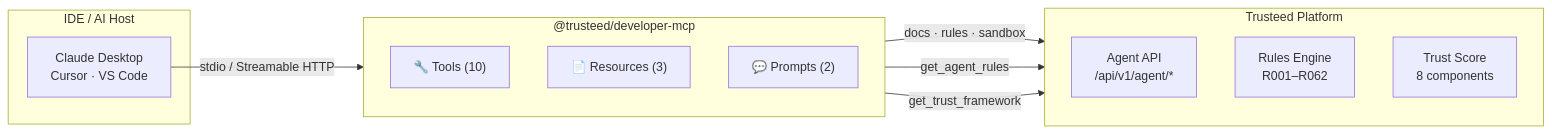
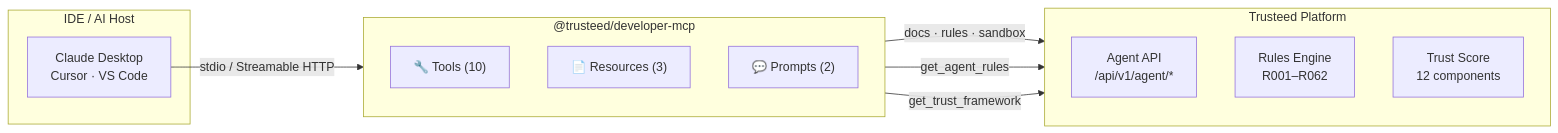
Before and after one commit to Trusteedxyz/trusteed-developer-mcp: the first of 3 diagrams in README.md, drawn with Mermaid. The commit also changed other lines of this file and 7 other files, not shown here.

First line of the commit message:
fix: trust score component table (12, not 8) + cut 0.2.0

````diff
--- a/README.md
+++ b/README.md
@@ -79,25 +79,25 @@
 ```mermaid
 flowchart LR
     subgraph IDE["IDE / AI Host"]
         CD["Claude Desktop\nCursor · VS Code"]
     end
 
     subgraph MCP["@trusteed/developer-mcp"]
         direction TB
         T1["🔧 Tools (10)"]
         R1["📄 Resources (3)"]
         P1["💬 Prompts (2)"]
     end
 
     subgraph API["Trusteed Platform"]
         direction TB
         AG["Agent API\n/api/v1/agent/*"]
         RP["Rules Engine\nR001–R062"]
-        TS["Trust Score\n8 components"]
+        TS["Trust Score\n12 components"]
     end
 
     CD -- "stdio / Streamable HTTP" --> MCP
     T1 -- "docs · rules · sandbox" --> AG
     T1 -- "get_agent_rules" --> RP
     T1 -- "get_trust_framework" --> TS
 ```
````
